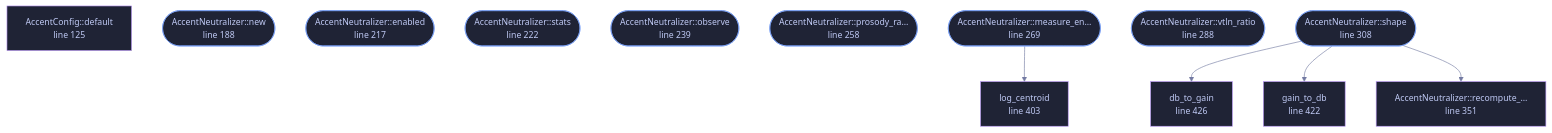
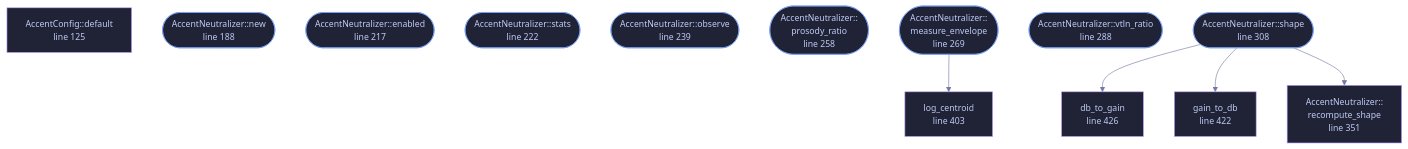
One commit to tilas01/veilvoice changed the diagram in wiki/File-veilvoice-core-accent.md. Above: the diagram before and after it, drawn with Mermaid. The commit also changed 348 other files, not shown here.

````diff
--- a/wiki/File-veilvoice-core-accent.md
+++ b/wiki/File-veilvoice-core-accent.md
@@ -108,38 +108,38 @@
 ```mermaid
 %%{init: {"theme":"base","themeVariables":{"background":"#1a1b26","primaryColor":"#1f2335","primaryTextColor":"#c0caf5","primaryBorderColor":"#7aa2f7","secondaryColor":"#16161e","tertiaryColor":"#16161e","lineColor":"#737aa2","textColor":"#c0caf5","mainBkg":"#1f2335","nodeBorder":"#7aa2f7","clusterBkg":"#16161e","clusterBorder":"#2f3549","fontFamily":"ui-monospace, SFMono-Regular, Consolas, monospace","fontSize":"14px"}}}%%
 flowchart TD
     n_default["AccentConfig::default<br/>line 125"]
     n_new(["AccentNeutralizer::new<br/>line 188"])
     n_enabled(["AccentNeutralizer::enabled<br/>line 217"])
     n_stats(["AccentNeutralizer::stats<br/>line 222"])
     n_observe(["AccentNeutralizer::observe<br/>line 239"])
-    n_prosody_ratio(["AccentNeutralizer::prosody_ra…<br/>line 258"])
-    n_measure_envelope(["AccentNeutralizer::measure_en…<br/>line 269"])
+    n_prosody_ratio(["AccentNeutralizer::<br/>prosody_ratio<br/>line 258"])
+    n_measure_envelope(["AccentNeutralizer::<br/>measure_envelope<br/>line 269"])
     n_vtln_ratio(["AccentNeutralizer::vtln_ratio<br/>line 288"])
     n_shape(["AccentNeutralizer::shape<br/>line 308"])
-    n_recompute_shape["AccentNeutralizer::recompute_…<br/>line 351"]
+    n_recompute_shape["AccentNeutralizer::<br/>recompute_shape<br/>line 351"]
     n_log_centroid["log_centroid<br/>line 403"]
     n_gain_to_db["gain_to_db<br/>line 422"]
     n_db_to_gain["db_to_gain<br/>line 426"]
     n_measure_envelope --> n_log_centroid
     n_shape --> n_db_to_gain
     n_shape --> n_gain_to_db
     n_shape --> n_recompute_shape
     click n_default href "https://github.com/tilas01/veilvoice/blob/main/crates/veilvoice-core/src/accent.rs#L125" "open the source"
     click n_new href "https://github.com/tilas01/veilvoice/blob/main/crates/veilvoice-core/src/accent.rs#L188" "open the source"
     click n_enabled href "https://github.com/tilas01/veilvoice/blob/main/crates/veilvoice-core/src/accent.rs#L217" "open the source"
     click n_stats href "https://github.com/tilas01/veilvoice/blob/main/crates/veilvoice-core/src/accent.rs#L222" "open the source"
     click n_observe href "https://github.com/tilas01/veilvoice/blob/main/crates/veilvoice-core/src/accent.rs#L239" "open the source"
     click n_prosody_ratio href "https://github.com/tilas01/veilvoice/blob/main/crates/veilvoice-core/src/accent.rs#L258" "open the source"
     click n_measure_envelope href "https://github.com/tilas01/veilvoice/blob/main/crates/veilvoice-core/src/accent.rs#L269" "open the source"
     click n_vtln_ratio href "https://github.com/tilas01/veilvoice/blob/main/crates/veilvoice-core/src/accent.rs#L288" "open the source"
     click n_shape href "https://github.com/tilas01/veilvoice/blob/main/crates/veilvoice-core/src/accent.rs#L308" "open the source"
     click n_recompute_shape href "https://github.com/tilas01/veilvoice/blob/main/crates/veilvoice-core/src/accent.rs#L351" "open the source"
     click n_log_centroid href "https://github.com/tilas01/veilvoice/blob/main/crates/veilvoice-core/src/accent.rs#L403" "open the source"
     click n_gain_to_db href "https://github.com/tilas01/veilvoice/blob/main/crates/veilvoice-core/src/accent.rs#L422" "open the source"
     click n_db_to_gain href "https://github.com/tilas01/veilvoice/blob/main/crates/veilvoice-core/src/accent.rs#L426" "open the source"
     classDef entry fill:#1f2335,stroke:#7aa2f7,color:#c0caf5
     class n_new,n_enabled,n_stats,n_observe,n_prosody_ratio,n_measure_envelope,n_vtln_ratio,n_shape entry
     classDef helper fill:#1f2335,stroke:#bb9af7,color:#c0caf5
     class n_default,n_recompute_shape,n_log_centroid,n_gain_to_db,n_db_to_gain helper
 ```
````
